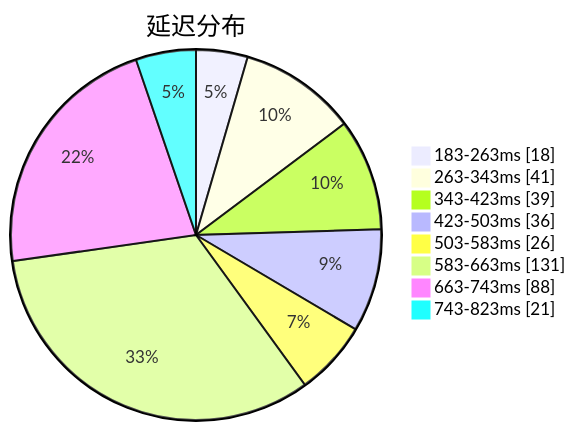
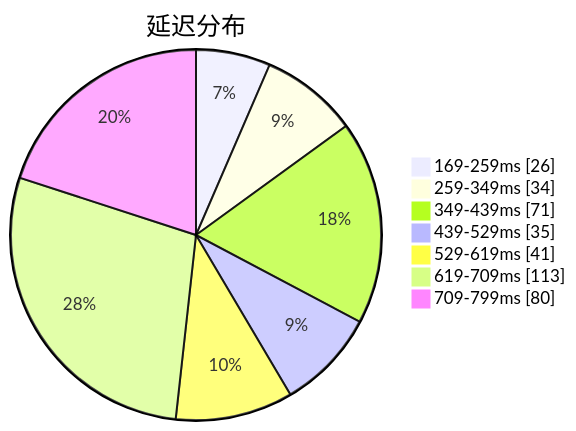
Before and after one commit to qjlxg/airport: the first of 3 diagrams in subs/statistics/tested_within.md, drawn with Mermaid. The commit also changed other lines of this file and 2 other files, not shown here.

````diff
--- a/subs/statistics/tested_within.md
+++ b/subs/statistics/tested_within.md
@@ -2,12 +2,11 @@
 ```mermaid
 pie showData
 title 延迟分布
-"183-263ms" : 18
-"263-343ms" : 41
-"343-423ms" : 39
-"423-503ms" : 36
-"503-583ms" : 26
-"583-663ms" : 131
-"663-743ms" : 88
-"743-823ms" : 21
+"169-259ms" : 26
+"259-349ms" : 34
+"349-439ms" : 71
+"439-529ms" : 35
+"529-619ms" : 41
+"619-709ms" : 113
+"709-799ms" : 80
 ```
````
